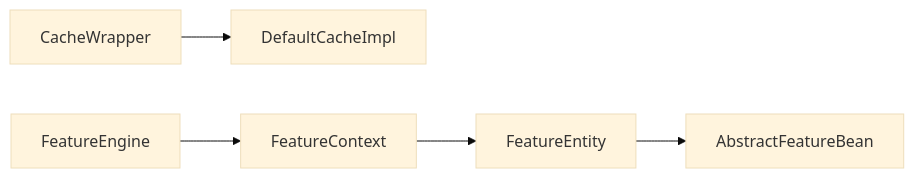
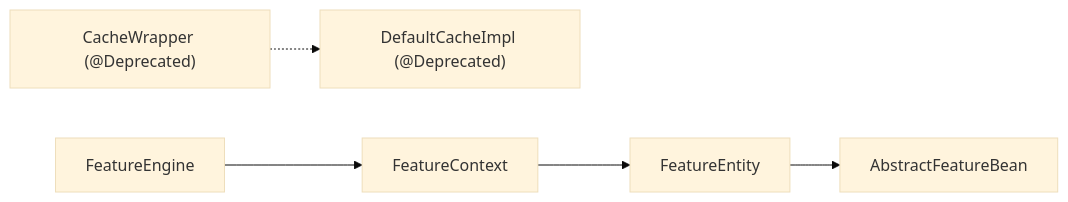
One commit to txzhanghuan/feature changed the fifth of 5 diagrams in .qoder/repowiki/zh/content/高级用法/缓存系统.md. Above: the diagram before and after it, drawn with Mermaid (base theme). The commit also changed other lines of this file and 7 other files, not shown here.

````diff
--- a/.qoder/repowiki/zh/content/高级用法/缓存系统.md
+++ b/.qoder/repowiki/zh/content/高级用法/缓存系统.md
@@ -230,7 +218,7 @@
 ```mermaid
 graph LR
-CW["CacheWrapper"] --> DCI["DefaultCacheImpl"]
+CW["CacheWrapper (@Deprecated)"] -.-> DCI["DefaultCacheImpl (@Deprecated)"]
 FE["FeatureEngine"] --> FC["FeatureContext"]
 FC --> FEnt["FeatureEntity"]
 FEnt --> AFB["AbstractFeatureBean"]
 ```
````
